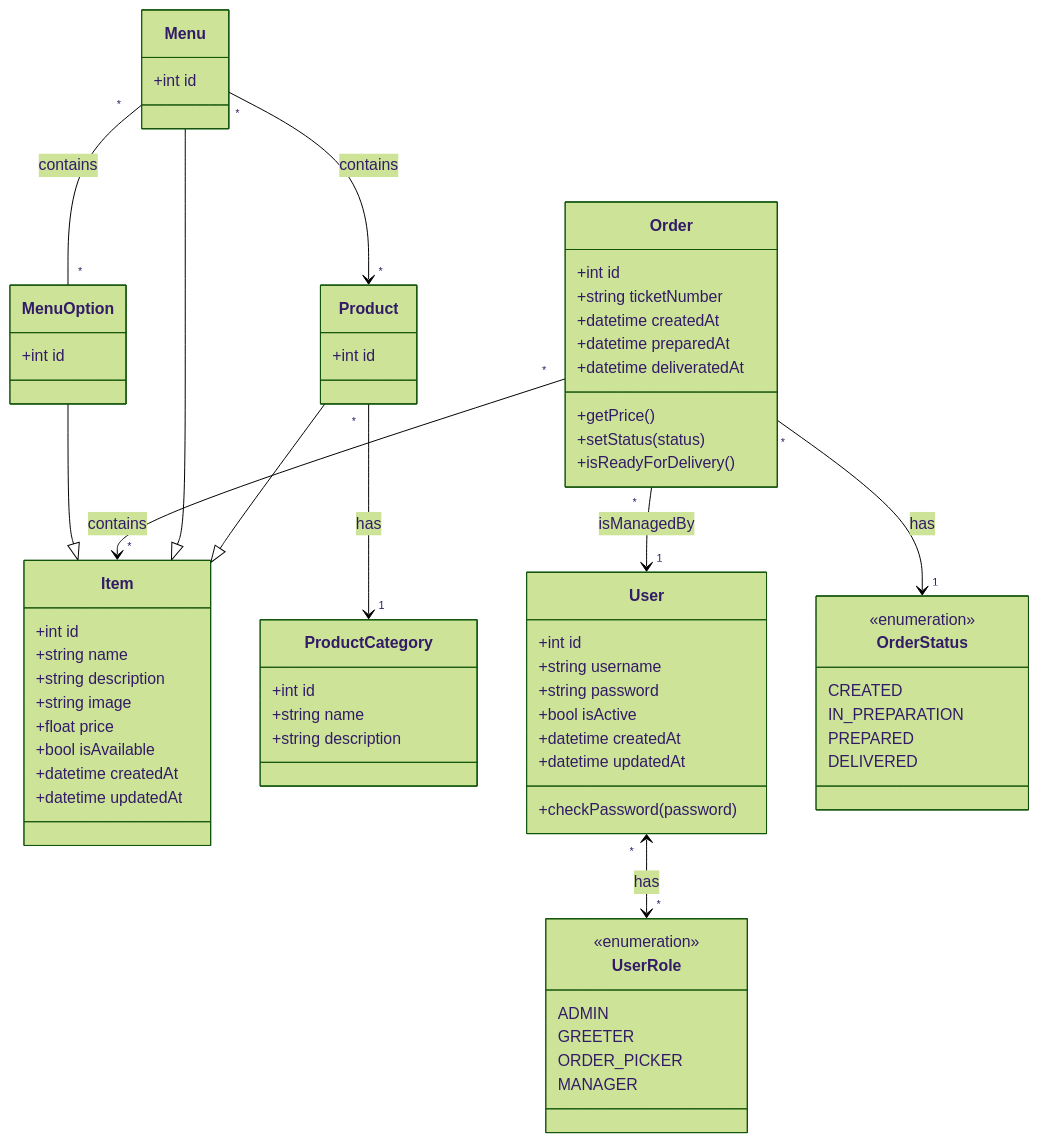
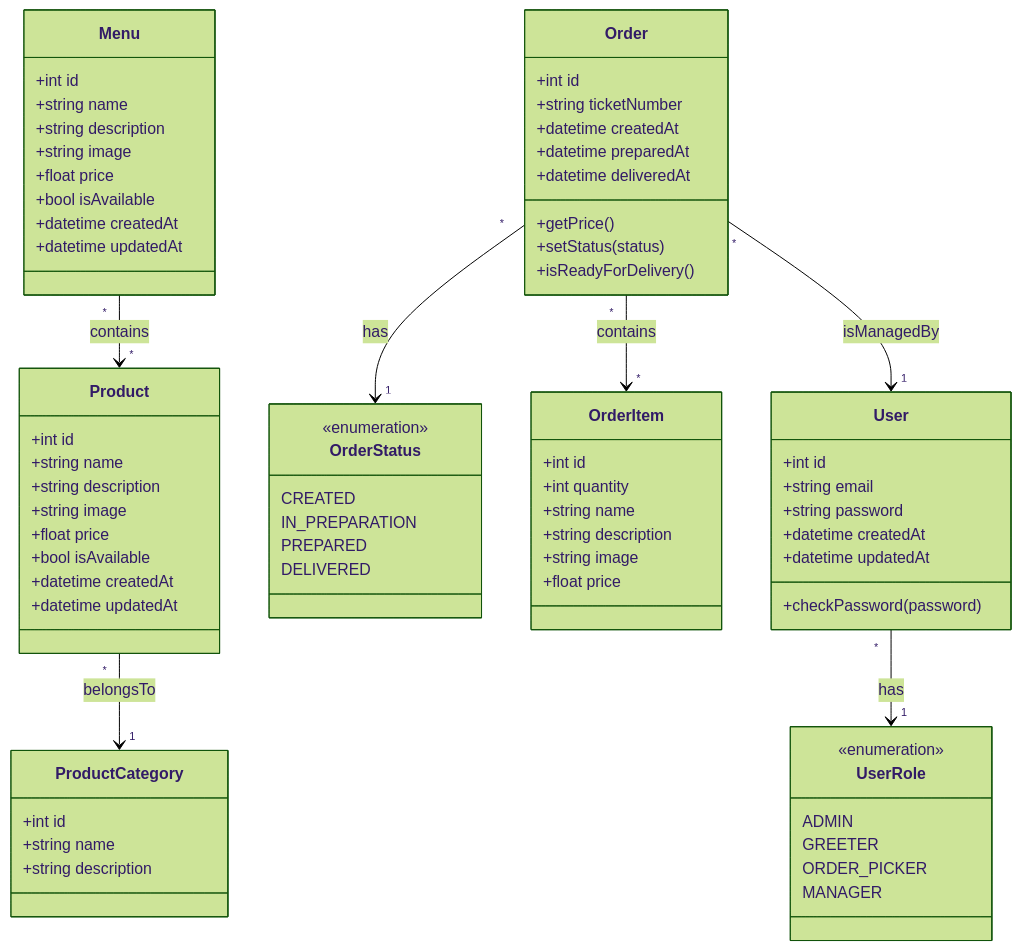
The diagram in docs/class-diagram.md (Anicky/wacdo), drawn with Mermaid (forest theme) before and after one commit. The commit also changed 34 other files, not shown here.

````diff
--- a/docs/class-diagram.md
+++ b/docs/class-diagram.md
@@ -1,7 +1,7 @@
 ```mermaid
 classDiagram
 
-    class Item {
+    class Product {
 	    +int id
 	    +string name
 	    +string description
@@ -12,10 +12,6 @@
 	    +datetime updatedAt
     }
 
-    class Product {
-	    +int id
-    }
-
     class ProductCategory {
 	    +int id
 	    +string name
@@ -24,31 +20,13 @@
 
     class Menu {
 	    +int id
-    }
-
-    class MenuOption {
-	    +int id
-    }
-
-    class Order {
-	    +int id
-	    +string ticketNumber
-	    +datetime createdAt
-	    +datetime preparedAt
-	    +datetime deliveratedAt
-	    +getPrice()
-	    +setStatus(status)
-	    +isReadyForDelivery()
-    }
-
-    class User {
-	    +int id
-	    +string username
-	    +string password
-	    +bool isActive
+	    +string name
+	    +string description
+	    +string image
+	    +float price
+	    +bool isAvailable
 	    +datetime createdAt
 	    +datetime updatedAt
-	    +checkPassword(password)
     }
 
     class UserRole {
@@ -65,17 +43,42 @@
 	    DELIVERED
     }
 
+    class Order {
+	    +int id
+	    +string ticketNumber
+	    +datetime createdAt
+	    +datetime preparedAt
+	    +datetime deliveredAt
+	    +getPrice()
+	    +setStatus(status)
+	    +isReadyForDelivery()
+    }
+
+    class OrderItem {
+	    +int id
+	    +int quantity
+	    +string name
+	    +string description
+	    +string image
+	    +float price
+    }
+
+    class User {
+	    +int id
+	    +string email
+	    +string password
+	    +datetime createdAt
+	    +datetime updatedAt
+	    +checkPassword(password)
+    }
+
 	<<enumeration>> UserRole
 	<<enumeration>> OrderStatus
 
-    Product "*" --> "1" ProductCategory : has
-    User "*" <--> "*" UserRole : has
+    Product "*" --> "1" ProductCategory : belongsTo
+    User "*" --> "1" UserRole : has
     Order "*" --> "1" User : isManagedBy
     Order "*" --> "1" OrderStatus : has
-    Product --|> Item
-    Menu --|> Item
     Menu "*" --> "*" Product : contains
-    Order "*" --> "*" Item : contains
-    MenuOption --|> Item
-    Menu "*" -- "*" MenuOption : contains
+    Order "*" --> "*" OrderItem : contains
 ```
````
